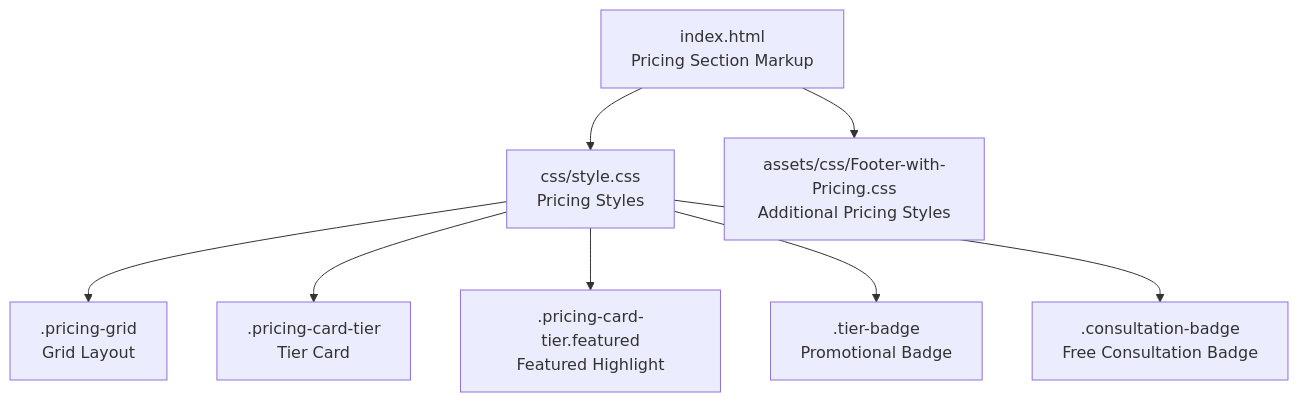
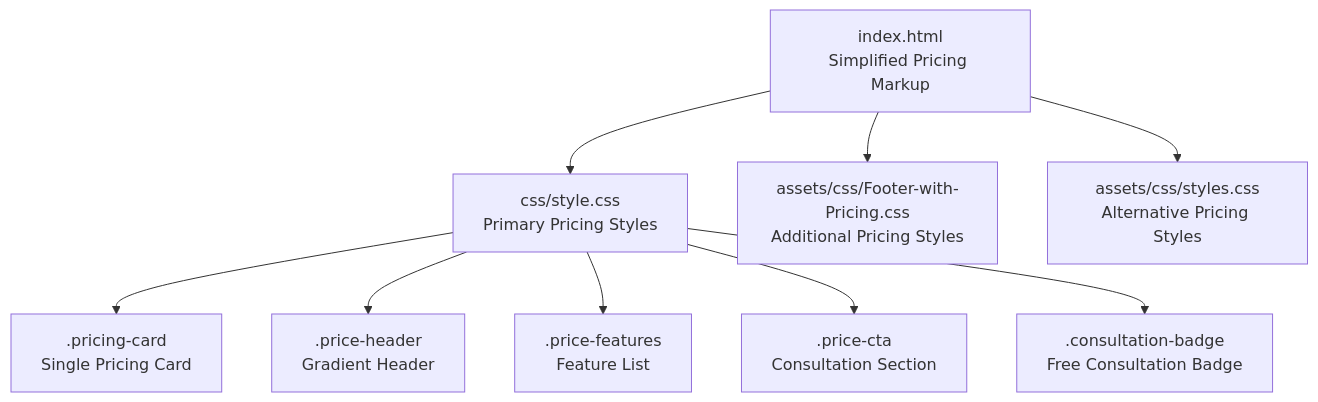
The first of 3 diagrams in .qoder/repowiki/en/content/Core Features/Service Showcase/Pricing Section.md (lynchip/graduates), drawn with Mermaid before and after one commit. The commit also changed other lines of this file and 12 other files, not shown here.

````diff
--- a/.qoder/repowiki/en/content/Core Features/Service Showcase/Pricing Section.md
+++ b/.qoder/repowiki/en/content/Core Features/Service Showcase/Pricing Section.md
@@ -30,10 +43,11 @@
 ```mermaid
 graph TB
-IndexHTML["index.html<br/>Pricing Section Markup"] --> StyleCSS["css/style.css<br/>Pricing Styles"]
+IndexHTML["index.html<br/>Simplified Pricing Markup"] --> StyleCSS["css/style.css<br/>Primary Pricing Styles"]
 IndexHTML --> FooterCSS["assets/css/Footer-with-Pricing.css<br/>Additional Pricing Styles"]
-StyleCSS --> PricingGrid[".pricing-grid<br/>Grid Layout"]
-StyleCSS --> TierCard[".pricing-card-tier<br/>Tier Card"]
-StyleCSS --> FeaturedTier[".pricing-card-tier.featured<br/>Featured Highlight"]
-StyleCSS --> TierBadge[".tier-badge<br/>Promotional Badge"]
+IndexHTML --> AssetsStyles["assets/css/styles.css<br/>Alternative Pricing Styles"]
+StyleCSS --> PricingCard[".pricing-card<br/>Single Pricing Card"]
+StyleCSS --> PriceHeader[".price-header<br/>Gradient Header"]
+StyleCSS --> PriceFeatures[".price-features<br/>Feature List"]
+StyleCSS --> PriceCTA[".price-cta<br/>Consultation Section"]
 StyleCSS --> ConsultationBadge[".consultation-badge<br/>Free Consultation Badge"]
 ```
````
